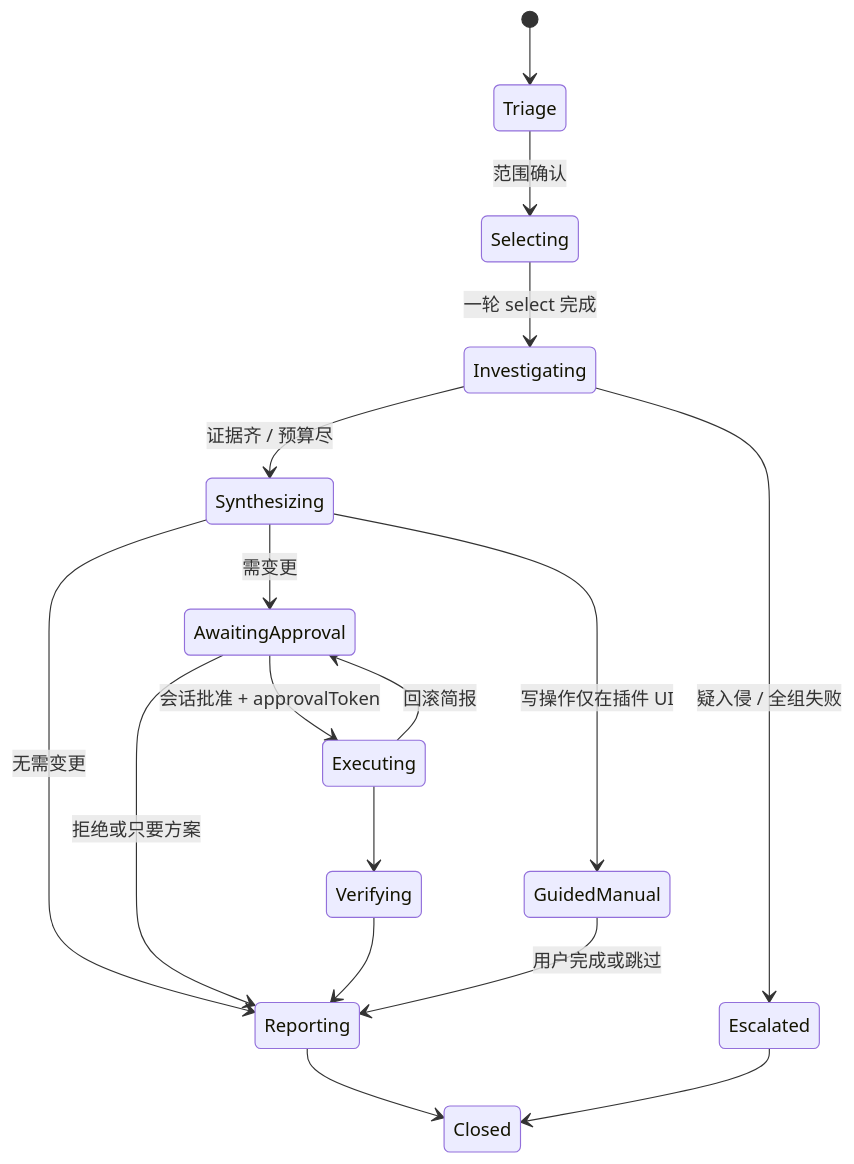
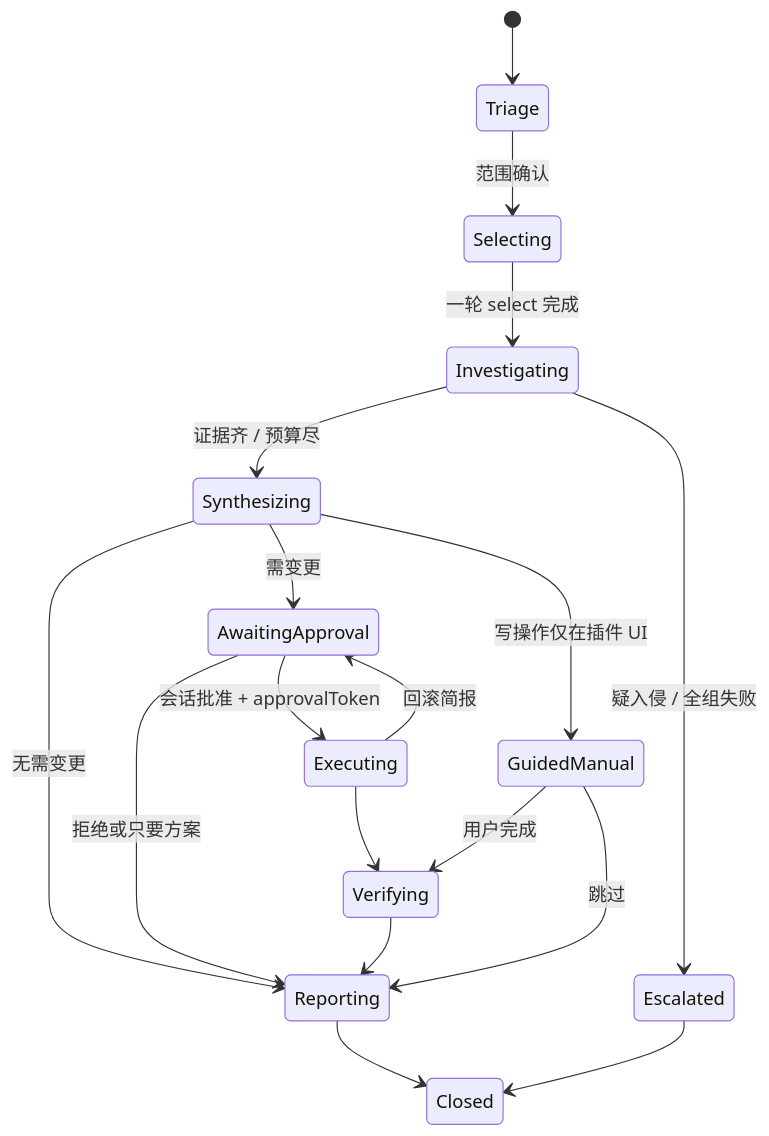
Before and after one commit to xwamt/at-opsAgent: the diagram in docs/04-ops-orchestration.md, drawn with Mermaid. The commit also changed 38 other files, not shown here.

````diff
--- a/docs/04-ops-orchestration.md
+++ b/docs/04-ops-orchestration.md
@@ -7,19 +7,20 @@
 ```mermaid
 stateDiagram-v2
     [*] --> Triage
     Triage --> Selecting: 范围确认
     Selecting --> Investigating: 一轮 select 完成
     Investigating --> Synthesizing: 证据齐 / 预算尽
     Synthesizing --> Reporting: 无需变更
     Synthesizing --> AwaitingApproval: 需变更
     Synthesizing --> GuidedManual: 写操作仅在插件 UI
     AwaitingApproval --> Executing: 会话批准 + approvalToken
     AwaitingApproval --> Reporting: 拒绝或只要方案
     Executing --> Verifying
     Executing --> AwaitingApproval: 回滚简报
     Verifying --> Reporting
-    GuidedManual --> Reporting: 用户完成或跳过
+    GuidedManual --> Verifying: 用户完成
+    GuidedManual --> Reporting: 跳过
     Reporting --> Closed
     Investigating --> Escalated: 疑入侵 / 全组失败
     Escalated --> Closed
 ```
````
